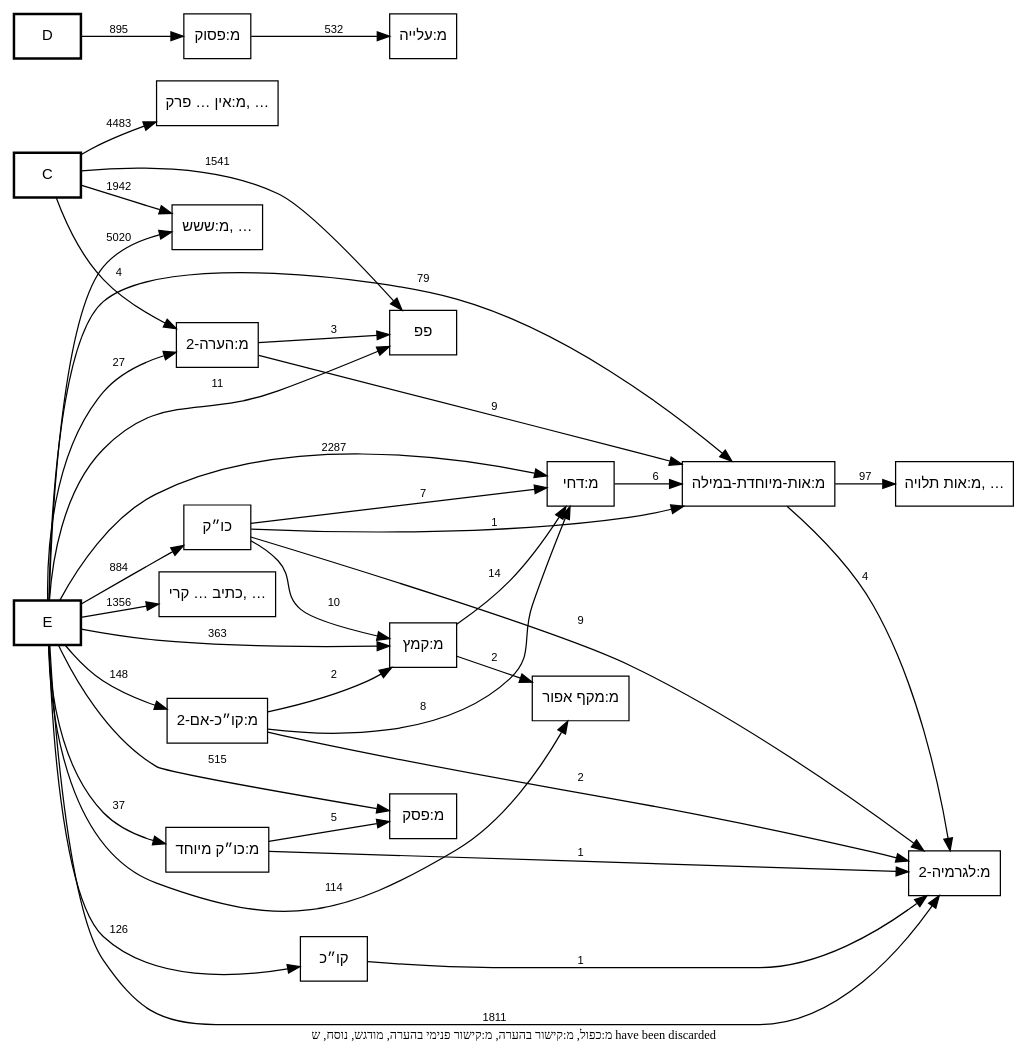
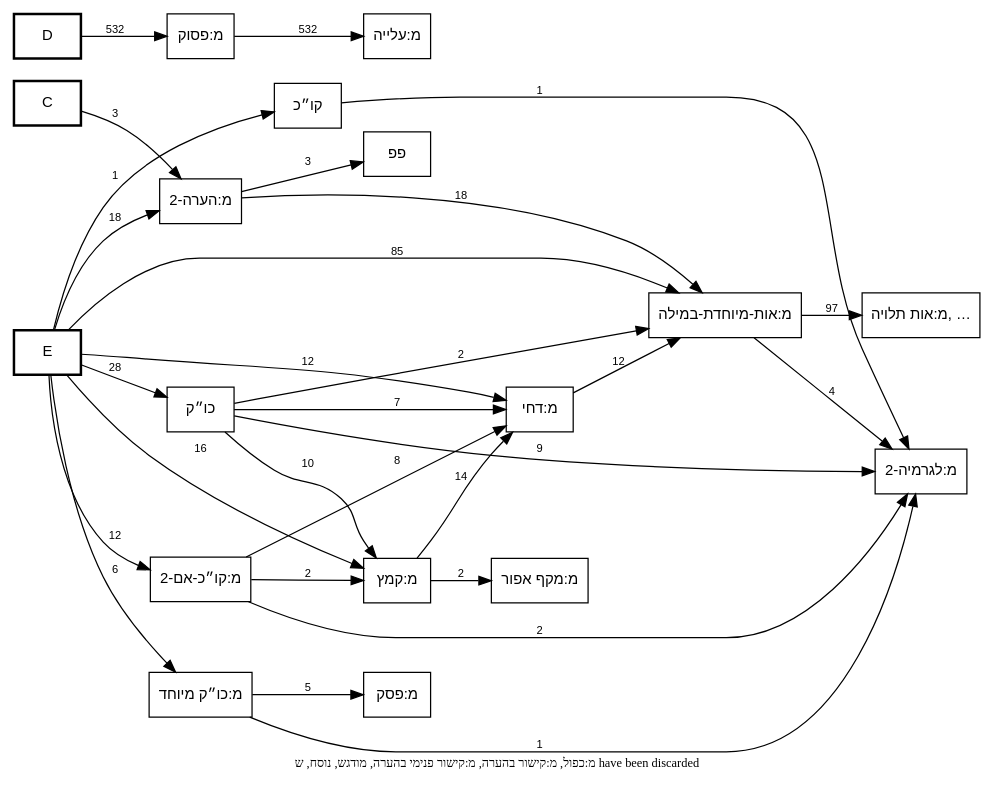
One commit to bdenckla/MAM-basics changed the diagram in out/tmpl-survey-plus/plus-call-graph.dot. Above: the diagram before and after it, drawn with Graphviz. The commit also changed 13 other files, not shown here.

```diff
--- a/out/tmpl-survey-plus/plus-call-graph.dot
+++ b/out/tmpl-survey-plus/plus-call-graph.dot
@@ -1,81 +1,53 @@
 // This file was generated by MAM-basics/py/main_tmpl_survey.py.
 // Do not edit by hand.
 digraph template_call_graph {
     rankdir=LR;
     node [fontname="SBL Hebrew,Helvetica", fontsize=12];
     edge [fontname="Helvetica", fontsize=9];
     graph [comment="This file was generated by MAM-basics/py/main_tmpl_survey.py."];
 
     // Column nodes
     node [shape=box, style=bold];
     "C";
     "D";
     "E";
 
     // Template nodes
     node [shape=box, style=""];
-    "כתיב … קרי, …" [tooltip="כתיב ולא קרי
-מ:נו״ן הפוכה
-מ:צינור
-קרי ולא כתיב
-ר0
-ר2
-ר3"];
     "מ:אות תלויה, …" [tooltip="מ:אות תלויה
 מ:אות-ג
 מ:אות-ק"];
-    "מ:אין … פרק, …" [tooltip="מ:אין פרשה בתחילת פרק
-מ:אין פרשה בתחילת פרק בספרי אמ״ת
-מ:אין רווח של פרשה בתחילת פרשת השבוע
-מ:ספר חדש
-מ:רווח בתרי עשר בפסוק הראשון
-מ:רווח לספר בתהלים בפסוק הראשון
-ר4"];
-    "מ:ששש, …" [tooltip="מ:ששש
-סס
-ססס
-פפפ
-ר1"];
 
     // Note
     graph [label="מ:כפול, מ:קישור בהערה, מ:קישור פנימי בהערה, מודגש, נוסח, ש have been discarded", labelloc=b, fontsize=10];
 
     // Edges
-    "C" -> "מ:אין … פרק, …" [label="4483"];
-    "C" -> "מ:הערה-2" [label="4"];
-    "C" -> "מ:ששש, …" [label="1942"];
-    "C" -> "פפ" [label="1541"];
-    "D" -> "מ:פסוק" [label="895"];
-    "E" -> "כו״ק" [label="884"];
-    "E" -> "כתיב … קרי, …" [label="1356"];
-    "E" -> "מ:אות-מיוחדת-במילה" [label="79"];
-    "E" -> "מ:דחי" [label="2287"];
-    "E" -> "מ:הערה-2" [label="27"];
-    "E" -> "מ:כו״ק מיוחד" [label="37"];
-    "E" -> "מ:לגרמיה-2" [label="1811"];
-    "E" -> "מ:מקף אפור" [label="114"];
-    "E" -> "מ:פסק" [label="515"];
-    "E" -> "מ:קו״כ-אם-2" [label="148"];
-    "E" -> "מ:קמץ" [label="363"];
-    "E" -> "מ:ששש, …" [label="5020"];
-    "E" -> "פפ" [label="11"];
-    "E" -> "קו״כ" [label="126"];
-    "כו״ק" -> "מ:אות-מיוחדת-במילה" [label="1"];
+    "C" -> "מ:הערה-2" [label="3"];
+    "D" -> "מ:פסוק" [label="532"];
+    "E" -> "כו״ק" [label="28"];
+    "E" -> "מ:אות-מיוחדת-במילה" [label="85"];
+    "E" -> "מ:דחי" [label="12"];
+    "E" -> "מ:הערה-2" [label="18"];
+    "E" -> "מ:כו״ק מיוחד" [label="6"];
+    "E" -> "מ:קו״כ-אם-2" [label="12"];
+    "E" -> "מ:קמץ" [label="16"];
+    "E" -> "קו״כ" [label="1"];
+    "כו״ק" -> "מ:אות-מיוחדת-במילה" [label="2"];
     "כו״ק" -> "מ:דחי" [label="7"];
     "כו״ק" -> "מ:לגרמיה-2" [label="9"];
     "כו״ק" -> "מ:קמץ" [label="10"];
     "מ:אות-מיוחדת-במילה" -> "מ:אות תלויה, …" [label="97"];
     "מ:אות-מיוחדת-במילה" -> "מ:לגרמיה-2" [label="4"];
-    "מ:דחי" -> "מ:אות-מיוחדת-במילה" [label="6"];
-    "מ:הערה-2" -> "מ:אות-מיוחדת-במילה" [label="9"];
+    "מ:דחי" -> "מ:אות-מיוחדת-במילה" [label="12"];
+    "מ:הערה-2" -> "מ:אות-מיוחדת-במילה" [label="18"];
     "מ:הערה-2" -> "פפ" [label="3"];
     "מ:כו״ק מיוחד" -> "מ:לגרמיה-2" [label="1"];
     "מ:כו״ק מיוחד" -> "מ:פסק" [label="5"];
     "מ:פסוק" -> "מ:עלייה" [label="532"];
     "מ:קו״כ-אם-2" -> "מ:דחי" [label="8"];
     "מ:קו״כ-אם-2" -> "מ:לגרמיה-2" [label="2"];
     "מ:קו״כ-אם-2" -> "מ:קמץ" [label="2"];
     "מ:קמץ" -> "מ:דחי" [label="14"];
     "מ:קמץ" -> "מ:מקף אפור" [label="2"];
     "קו״כ" -> "מ:לגרמיה-2" [label="1"];
 }
```
